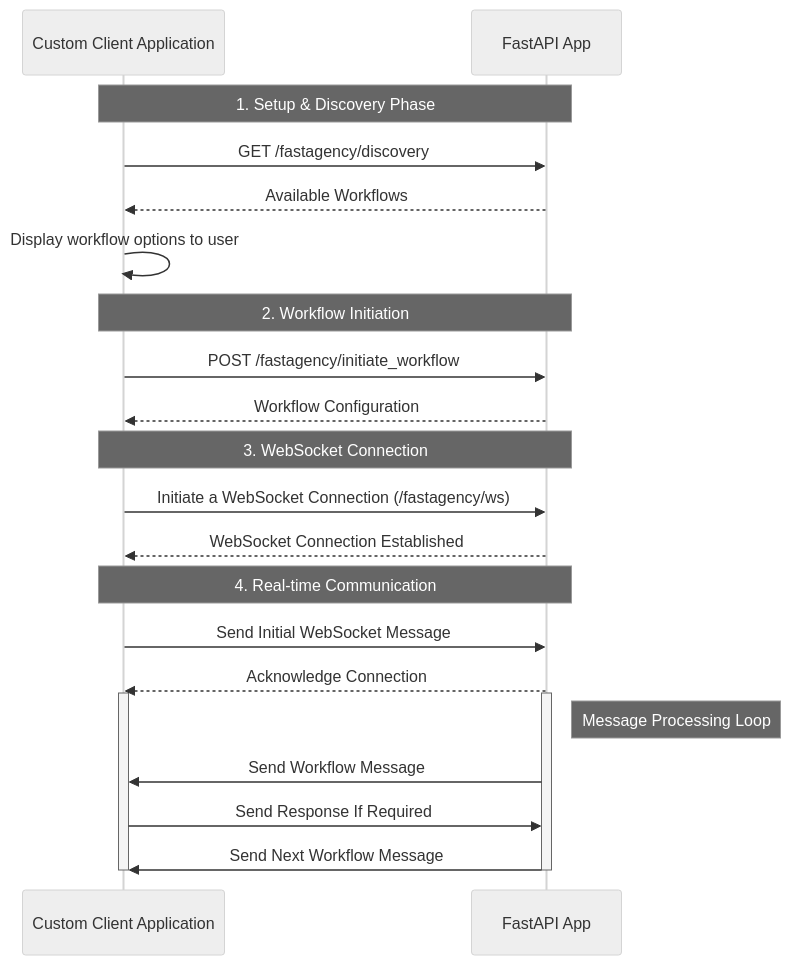
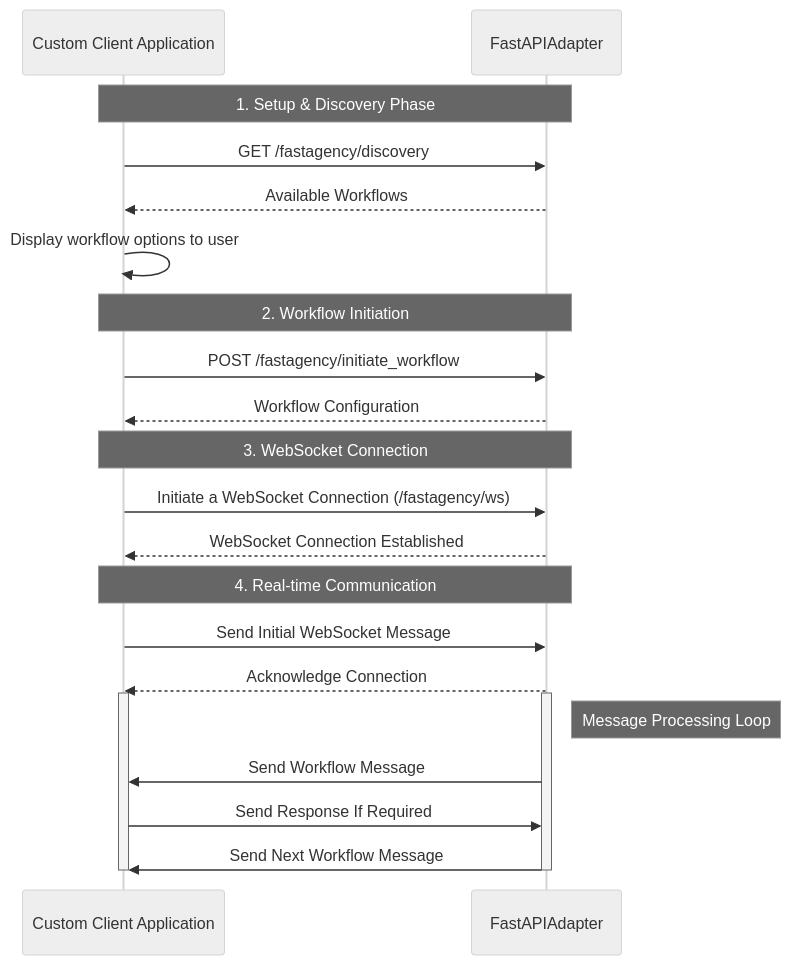
The diagram in docs/docs/en/user-guide/adapters/fastapi/index.md (airtai/fastagency), drawn with Mermaid (neutral theme) before and after one commit. The commit also changed other lines of this file and 2 other files, not shown here.

Commit message:
Update FastAPI section

````diff
--- a/docs/docs/en/user-guide/adapters/fastapi/index.md
+++ b/docs/docs/en/user-guide/adapters/fastapi/index.md
@@ -90,32 +90,32 @@
     ```mermaid
     sequenceDiagram
     participant Client as Custom Client Application
-    participant FastAPI as FastAPI App
+    participant FastAPI as FastAPIAdapter
 
     Note over Client,FastAPI: 1. Setup & Discovery Phase
     Client->>FastAPI: GET /fastagency/discovery
     FastAPI-->>Client: Available Workflows
 
     Client->>Client: Display workflow options to user
 
     Note over Client,FastAPI: 2. Workflow Initiation
     Client->>FastAPI: POST /fastagency/initiate_workflow
     FastAPI-->>Client: Workflow Configuration
 
     Note over Client,FastAPI: 3. WebSocket Connection
     Client->>FastAPI: Initiate a WebSocket Connection (/fastagency/ws)
     FastAPI-->>Client: WebSocket Connection Established
 
     Note over Client,FastAPI: 4. Real-time Communication
     Client->>FastAPI: Send Initial WebSocket Message
     FastAPI-->>Client: Acknowledge Connection
 
     activate FastAPI
     activate Client
     Note right of FastAPI: Message Processing Loop
     FastAPI->>Client: Send Workflow Message
     Client->>FastAPI: Send Response If Required
     FastAPI->>Client: Send Next Workflow Message
     deactivate Client
     deactivate FastAPI
     ```
````
